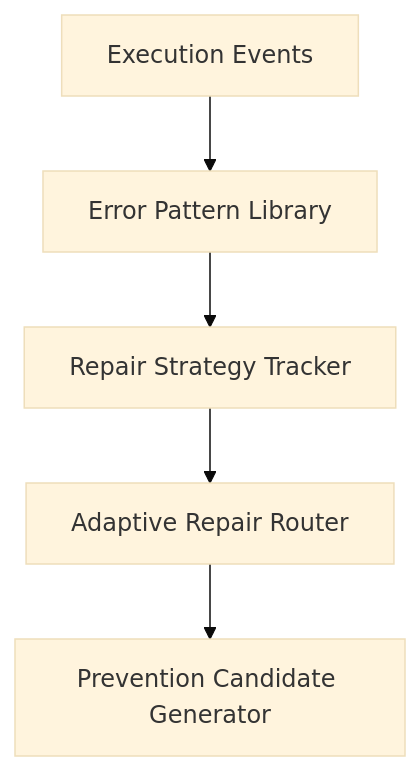
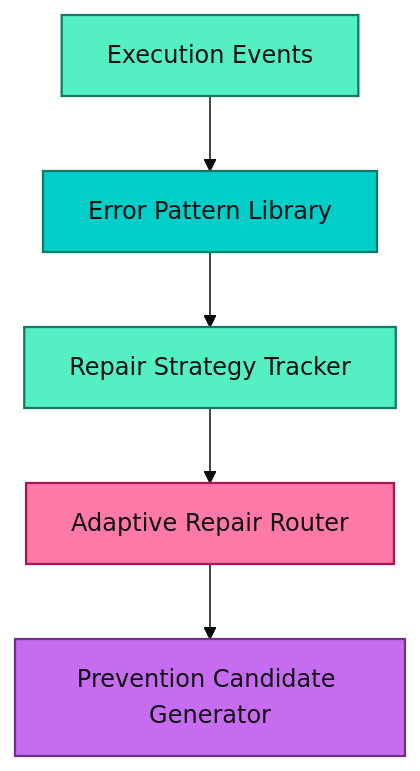
The fourth of 10 diagrams in docs/ARCHITECTURE.md (zansued/axionos), drawn with Mermaid (base theme) before and after one commit.

Commit message:
Preceding changes

````diff
--- a/docs/ARCHITECTURE.md
+++ b/docs/ARCHITECTURE.md
@@ -212,12 +212,17 @@
 ```mermaid
 flowchart TB
-    ErrorLib["Error Pattern Library"]
-    RepairTrack["Repair Strategy Tracker"]
-    RepairRouter["Adaptive Repair Router"]
-    Prevention["Prevention Candidate Generator"]
+    ErrorLib["Error Pattern Library"]:::intelligence
+    RepairTrack["Repair Strategy Tracker"]:::data
+    RepairRouter["Adaptive Repair Router"]:::runtime
+    Prevention["Prevention Candidate Generator"]:::governance
 
-    Events["Execution Events"] --> ErrorLib
+    Events["Execution Events"]:::data --> ErrorLib
     ErrorLib --> RepairTrack
     RepairTrack --> RepairRouter
     RepairRouter --> Prevention
+
+    classDef intelligence fill:#00CEC9,stroke:#117A65,color:#111,stroke-width:1.5px;
+    classDef runtime fill:#FD79A8,stroke:#AD1457,color:#111,stroke-width:1.5px;
+    classDef governance fill:#C56CF0,stroke:#6C3483,color:#111,stroke-width:1.5px;
+    classDef data fill:#55EFC4,stroke:#117A65,color:#111,stroke-width:1.5px;
 ```
````
